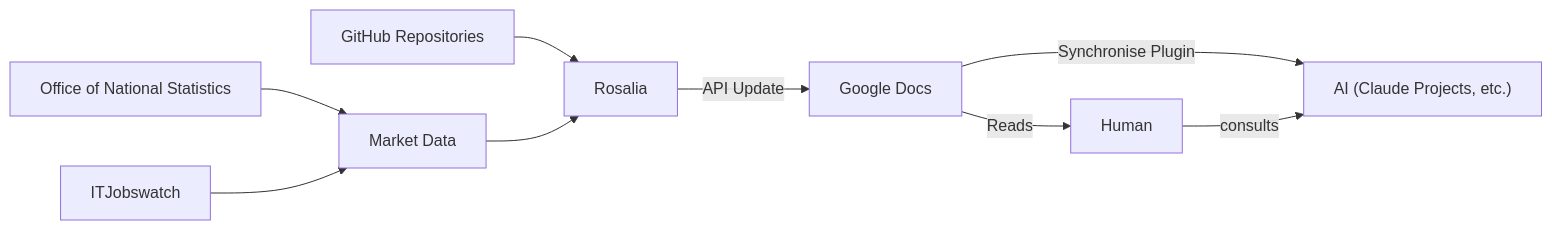
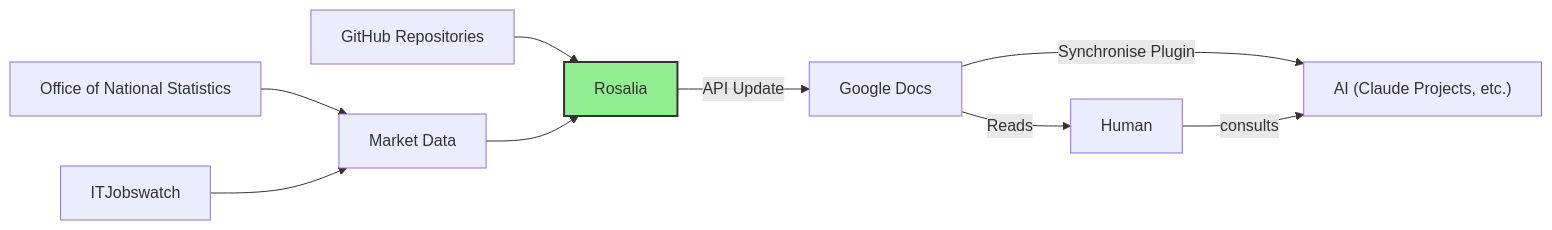
One commit to lmcrean/research-enterprise-codebases changed the diagram in README.md. Above: the diagram before and after it, drawn with Mermaid.

Commit message:
Enhance README.md by adding styling to the flowchart for better visual clarity.

````diff
--- a/README.md
+++ b/README.md
@@ -34,11 +34,12 @@
 ```mermaid
 flowchart LR
     A["GitHub Repositories"] --> B["Rosalia"]
     F["Office of National Statistics"] --> E["Market Data"]
     G["ITJobswatch"] --> E
     E --> B
     B -- "API Update" --> C["Google Docs"]
     C -- "Reads" --> H["Human"]
     C -- "Synchronise Plugin" --> D["AI (Claude Projects, etc.)"]
     H -- "consults" --> D
+    style B fill:#90ee90,stroke:#333,stroke-width:2px
 ```
````
